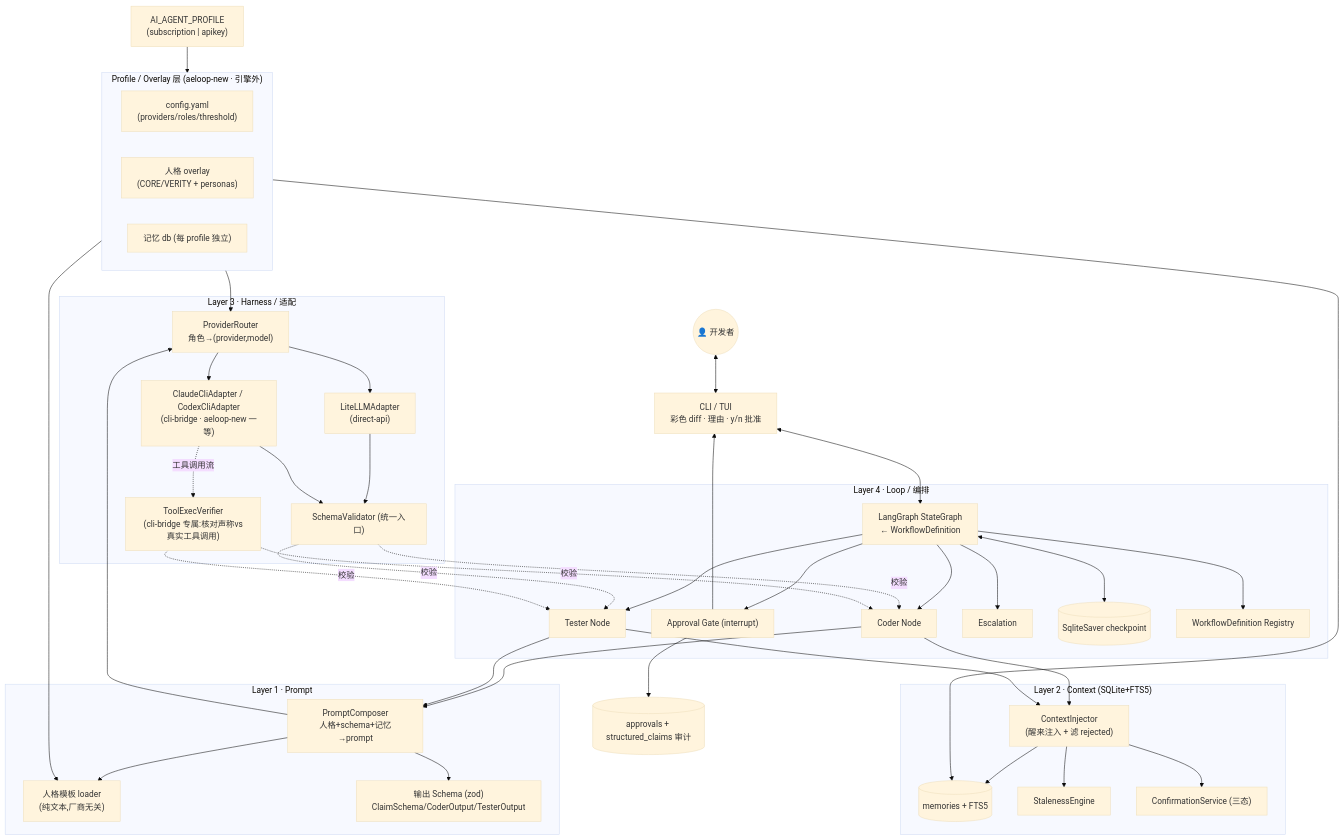
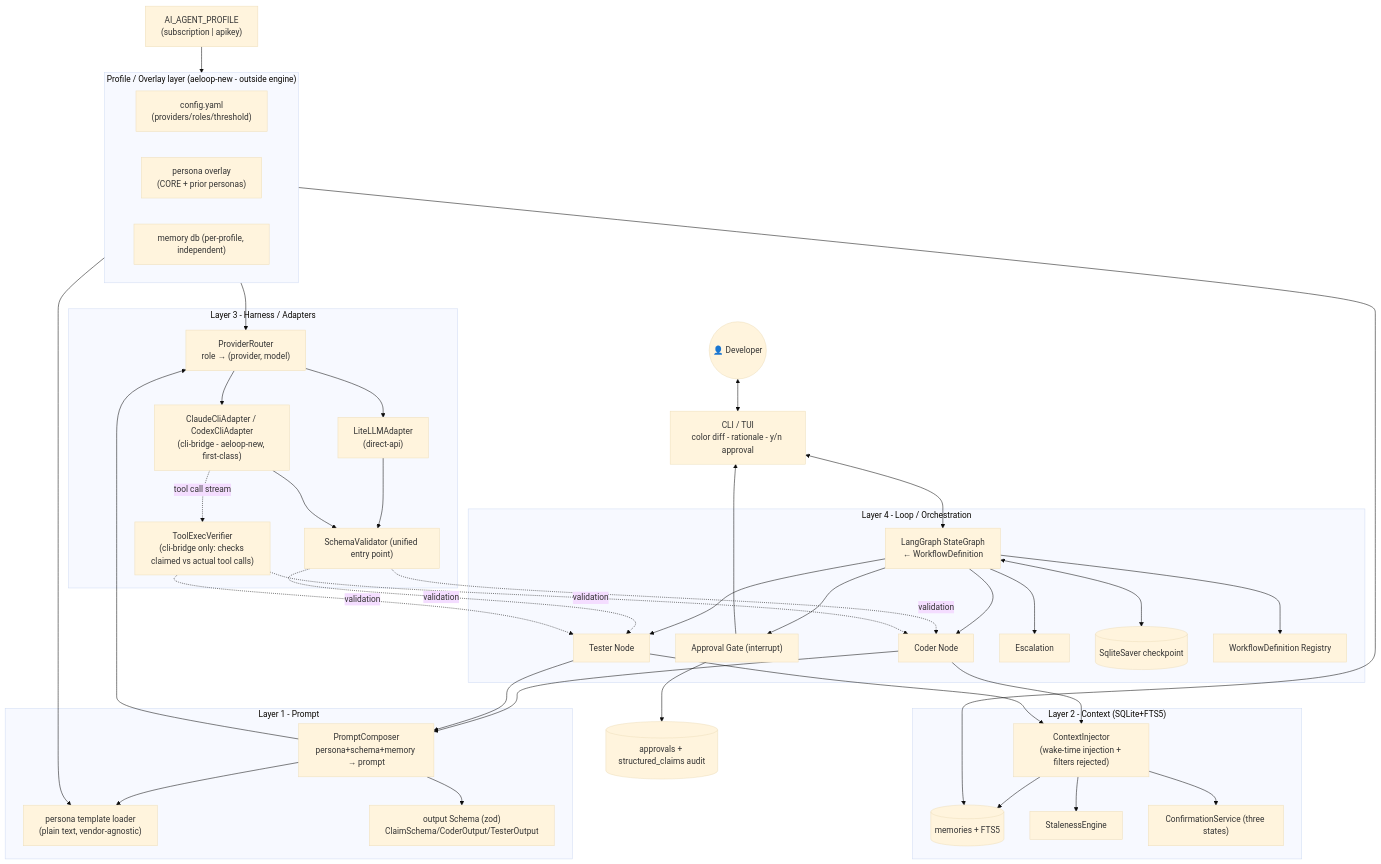
One commit to elishawong/aeloop changed the first of 6 diagrams in docs/DESIGN.md. Above: the diagram before and after it, drawn with Mermaid (base theme). The commit also changed other lines of this file and 84 other files, not shown here.

````diff
--- a/docs/DESIGN.md
+++ b/docs/DESIGN.md
@@ -27,55 +27,55 @@
 ```mermaid
 flowchart TB
-    DEV(("👤 开发者"))
+    DEV(("👤 Developer"))
     PROF["AI_AGENT_PROFILE\n(subscription | apikey)"]
-    UI["CLI / TUI\n彩色 diff · 理由 · y/n 批准"]
+    UI["CLI / TUI\ncolor diff - rationale - y/n approval"]
 
-    subgraph OVL["Profile / Overlay 层 (aeloop-new · 引擎外)"]
+    subgraph OVL["Profile / Overlay layer (aeloop-new - outside engine)"]
         OV1["config.yaml\n(providers/roles/threshold)"]
-        OV2["人格 overlay\n(CORE/VERITY + personas)"]
-        OV3["记忆 db (每 profile 独立)"]
+        OV2["persona overlay\n(CORE + prior personas)"]
+        OV3["memory db (per-profile, independent)"]
     end
 
-    subgraph L1["Layer 1 · Prompt"]
-        P1["人格模板 loader\n(纯文本,厂商无关)"]
-        P2["输出 Schema (zod)\nClaimSchema/CoderOutput/TesterOutput"]
-        P3["PromptComposer\n人格+schema+记忆→prompt"]
+    subgraph L1["Layer 1 - Prompt"]
+        P1["persona template loader\n(plain text, vendor-agnostic)"]
+        P2["output Schema (zod)\nClaimSchema/CoderOutput/TesterOutput"]
+        P3["PromptComposer\npersona+schema+memory → prompt"]
     end
-    subgraph L2["Layer 2 · Context (SQLite+FTS5)"]
+    subgraph L2["Layer 2 - Context (SQLite+FTS5)"]
         M1[("memories + FTS5")]
         M2["StalenessEngine"]
-        M3["ConfirmationService (三态)"]
-        M4["ContextInjector\n(醒来注入 + 滤 rejected)"]
+        M3["ConfirmationService (three states)"]
+        M4["ContextInjector\n(wake-time injection + filters rejected)"]
     end
-    subgraph L3["Layer 3 · Harness / 适配"]
-        H1["ProviderRouter\n角色→(provider,model)"]
+    subgraph L3["Layer 3 - Harness / Adapters"]
+        H1["ProviderRouter\nrole → (provider, model)"]
         H2["LiteLLMAdapter\n(direct-api)"]
-        H3["ClaudeCliAdapter / CodexCliAdapter\n(cli-bridge · aeloop-new 一等)"]
-        H5["SchemaValidator (统一入口)"]
-        H6["ToolExecVerifier\n(cli-bridge 专属:核对声称vs真实工具调用)"]
+        H3["ClaudeCliAdapter / CodexCliAdapter\n(cli-bridge - aeloop-new, first-class)"]
+        H5["SchemaValidator (unified entry point)"]
+        H6["ToolExecVerifier\n(cli-bridge only: checks claimed vs actual tool calls)"]
     end
-    subgraph L4["Layer 4 · Loop / 编排"]
+    subgraph L4["Layer 4 - Loop / Orchestration"]
         O1["LangGraph StateGraph\n← WorkflowDefinition"]
         O2["Coder Node"]
         O3["Tester Node"]
         O4["Approval Gate (interrupt)"]
         O5["Escalation"]
         O6[("SqliteSaver checkpoint")]
         O7["WorkflowDefinition Registry"]
     end
-    AUDIT[("approvals + structured_claims 审计")]
+    AUDIT[("approvals + structured_claims audit")]
 
     DEV<-->UI<-->O1
     PROF-->OVL
     OVL-->P1 & H1 & M1
     O1-->O2 & O3 & O4 & O5
     O2 & O3-->P3-->P1 & P2 & H1
     H1-->H2 & H3
     H2 & H3-->H5
-    H3-.工具调用流.->H6
-    H5 & H6-.校验.->O2 & O3
+    H3-.tool call stream.->H6
+    H5 & H6-.validation.->O2 & O3
     O2 & O3-->M4-->M1 & M2 & M3
     O1<-->O6
     O1-->O7
     O4-->UI & AUDIT
 ```
````
